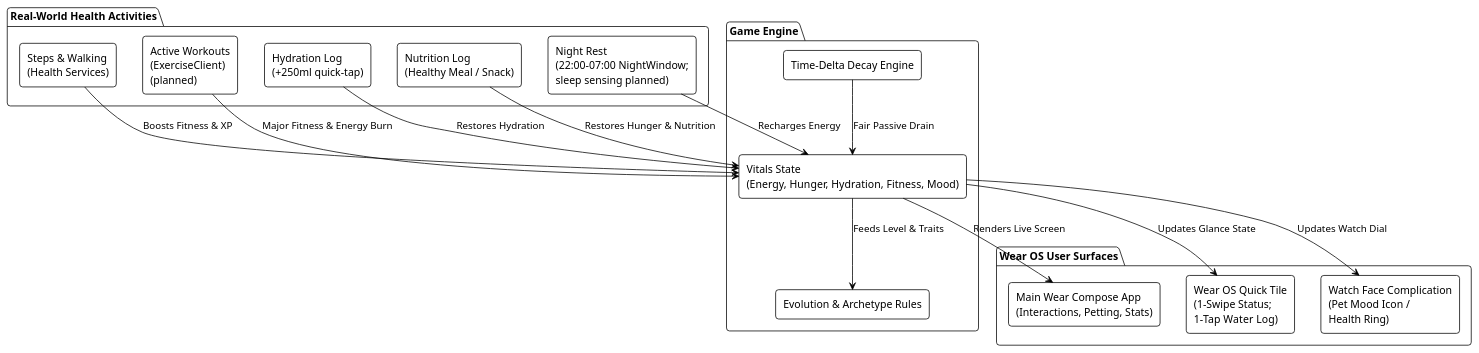
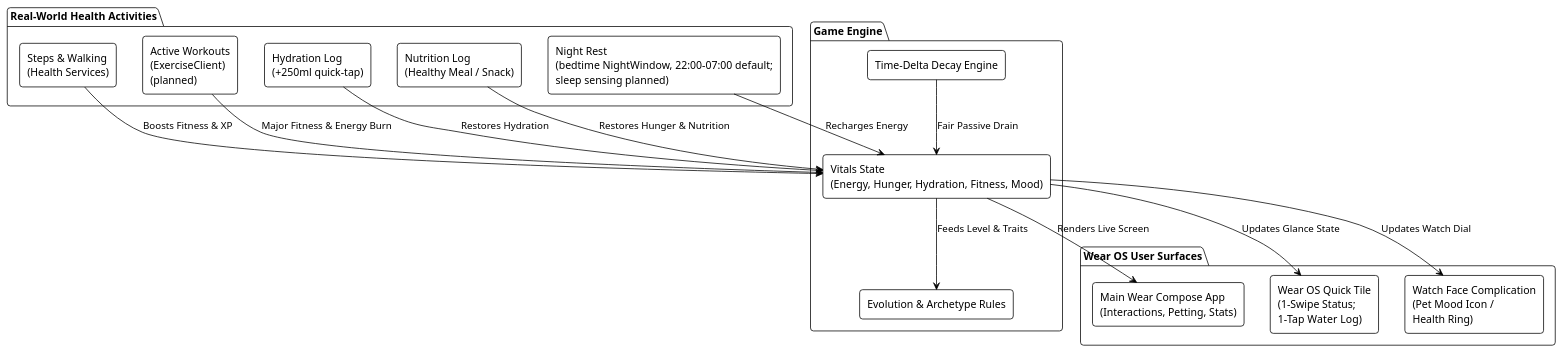
The first of 7 diagrams in docs/ARCHITECTURE.md (DunderGG/health-companion), drawn with PlantUML before and after one commit. The commit also changed other lines of this file and 32 other files, not shown here.

````diff
--- a/docs/ARCHITECTURE.md
+++ b/docs/ARCHITECTURE.md
@@ -12,39 +12,39 @@
 ```plantuml
 @startuml System_Interaction_Flow
 !theme plain
 skinparam componentStyle rectangle
 skinparam roundCorner 8
 
 package "Real-World Health Activities" as RealWorld {
     [Steps & Walking\n(Health Services)] as Steps
     [Active Workouts\n(ExerciseClient)\n(planned)] as Workouts
     [Hydration Log\n(+250ml quick-tap)] as Water
     [Nutrition Log\n(Healthy Meal / Snack)] as Food
-    [Night Rest\n(22:00–07:00 NightWindow;\nsleep sensing planned)] as Sleep
+    [Night Rest\n(bedtime NightWindow, 22:00–07:00 default;\nsleep sensing planned)] as Sleep
 }
 
 package "Game Engine" as PetEngine {
     [Time-Delta Decay Engine] as Decay
     [Vitals State\n(Energy, Hunger, Hydration, Fitness, Mood)] as Vitals
     [Evolution & Archetype Rules] as Evo
 }
 
 package "Wear OS User Surfaces" as WearSurfaces {
     [Main Wear Compose App\n(Interactions, Petting, Stats)] as MainApp
     [Wear OS Quick Tile\n(1-Swipe Status;\n1-Tap Water Log)] as Tile
     [Watch Face Complication\n(Pet Mood Icon /\nHealth Ring)] as Complication
 }
 
 Steps --> Vitals : Boosts Fitness & XP
 Workouts --> Vitals : Major Fitness & Energy Burn
 Water --> Vitals : Restores Hydration
 Food --> Vitals : Restores Hunger & Nutrition
 Sleep --> Vitals : Recharges Energy
 Decay --> Vitals : Fair Passive Drain
 
 Vitals --> Evo : Feeds Level & Traits
 Vitals --> MainApp : Renders Live Screen
 Vitals --> Tile : Updates Glance State
 Vitals --> Complication : Updates Watch Dial
 @enduml
 ```
````
